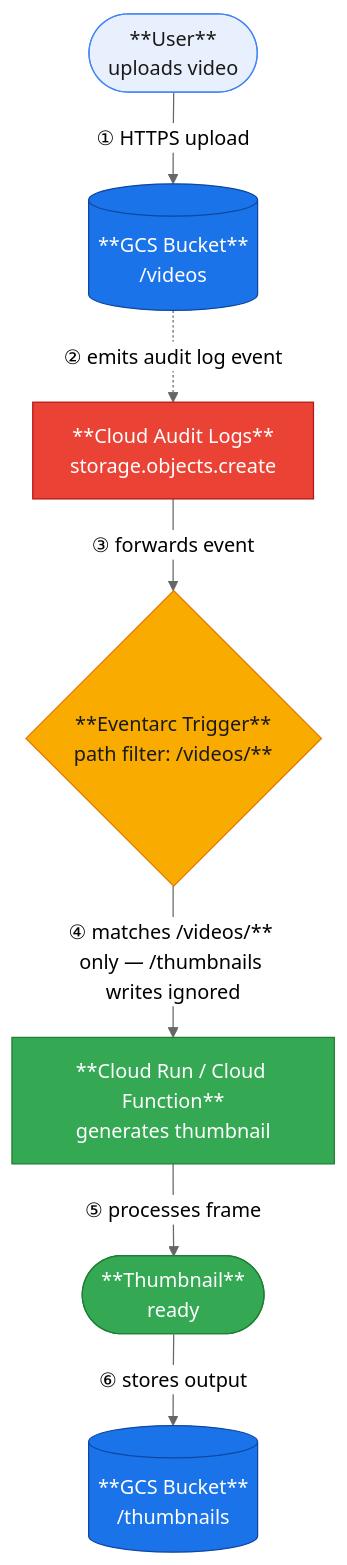
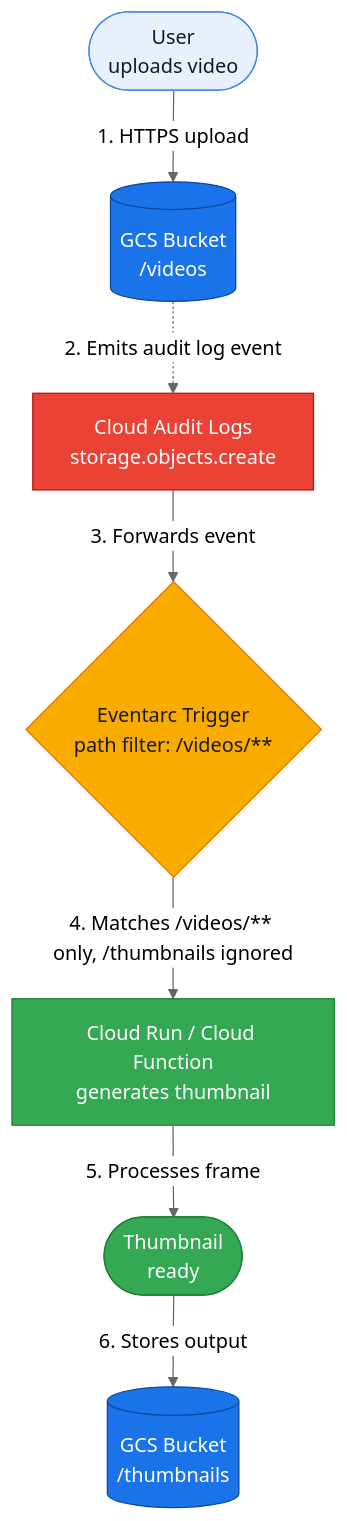
The diagram in src/content/blog/gcs-eventarc-path-filtering/index.mdx (Rohit1024/portfolio), drawn with Mermaid (neutral theme) before and after one commit. The commit also changed other lines of this file and 5 other files, not shown here.

````diff
--- a/src/content/blog/gcs-eventarc-path-filtering/index.mdx
+++ b/src/content/blog/gcs-eventarc-path-filtering/index.mdx
@@ -91,31 +77,31 @@
 ```mermaid
 graph TD
-    User(["**User**<br/>uploads video"])
+    User(["User<br/>uploads video"])
  
-    GCS_Videos[("**GCS Bucket**<br/>/videos")]
+    GCS_Videos[("GCS Bucket<br/>/videos")]
  
-    AuditLogs["**Cloud Audit Logs**<br/>storage.objects.create"]
+    AuditLogs["Cloud Audit Logs<br/>storage.objects.create"]
  
-    Eventarc{"**Eventarc Trigger**<br/>path filter: /videos/**"}
+    Eventarc{"Eventarc Trigger<br/>path filter: /videos/**"}
  
-    Compute["**Cloud Run / Cloud Function**<br/>generates thumbnail"]
+    Compute["Cloud Run / Cloud Function<br/>generates thumbnail"]
  
-    Thumb(["**Thumbnail**<br/>ready"])
+    Thumb(["Thumbnail<br/>ready"])
  
-    GCS_Thumbs[("**GCS Bucket**<br/>/thumbnails")]
+    GCS_Thumbs[("GCS Bucket<br/>/thumbnails")]
  
-    User -->|"① HTTPS upload"| GCS_Videos
-    GCS_Videos -.->|"② emits audit log event"| AuditLogs
-    AuditLogs -->|"③ forwards event"| Eventarc
-    Eventarc -->|"④ matches /videos/** only — /thumbnails writes ignored"| Compute
-    Compute -->|"⑤ processes frame"| Thumb
-    Thumb -->|"⑥ stores output"| GCS_Thumbs
+    User -->|"1. HTTPS upload"| GCS_Videos
+    GCS_Videos -.->|"2. Emits audit log event"| AuditLogs
+    AuditLogs -->|"3. Forwards event"| Eventarc
+    Eventarc -->|"4. Matches /videos/** only, /thumbnails ignored"| Compute
+    Compute -->|"5. Processes frame"| Thumb
+    Thumb -->|"6. Stores output"| GCS_Thumbs
  
     style GCS_Videos  fill:#1A73E8,stroke:#0D47A1,color:#fff
     style GCS_Thumbs  fill:#1A73E8,stroke:#0D47A1,color:#fff
     style AuditLogs   fill:#EA4335,stroke:#B31412,color:#fff
     style Eventarc    fill:#F9AB00,stroke:#E37400,color:#1a1a1a
     style Compute     fill:#34A853,stroke:#1E7E34,color:#fff
     style Thumb       fill:#34A853,stroke:#1E7E34,color:#fff
     style User        fill:#E8F0FE,stroke:#4285F4,color:#1a1a1a
 ```
````
